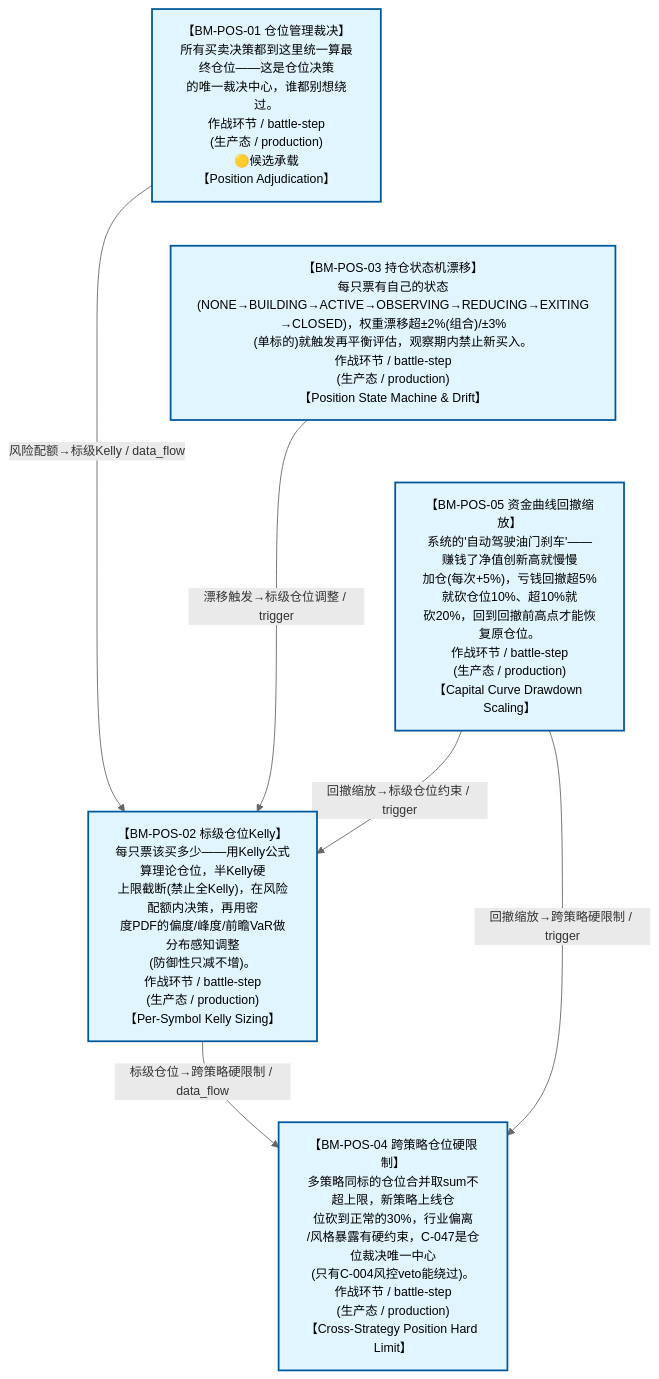
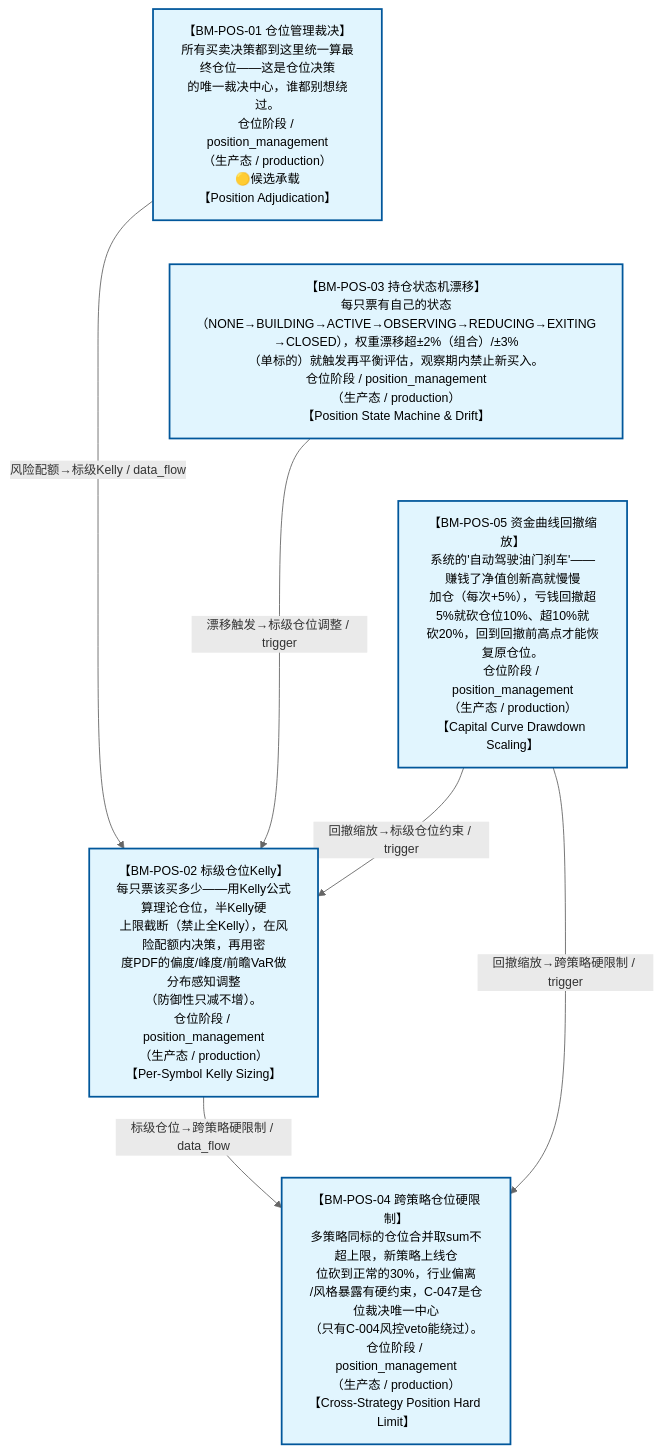
One commit to xuanFelixVan/ZephyrAlpha changed the diagram in docs/02_enterprise_architecture/07_trading_decision_architecture/battle_map/battle_map_04_position_management.md. Above: the diagram before and after it, drawn with Mermaid. The commit also changed 9 other files, not shown here.

First line of the commit message:
feat(battle_map): V0.4.0 作战地图父子嵌套机制——schema+写入校验+对齐检查+生成器subgraph+模板V1.5

````diff
--- a/docs/02_enterprise_architecture/07_trading_decision_architecture/battle_map/battle_map_04_position_management.md
+++ b/docs/02_enterprise_architecture/07_trading_decision_architecture/battle_map/battle_map_04_position_management.md
@@ -38,22 +38,22 @@
 ```mermaid
 %%{init: {'theme': 'base', 'themeVariables': {'primaryColor': '#eaeaea', 'primaryTextColor': '#333333', 'primaryBorderColor': '#666666', 'lineColor': '#666666', 'secondaryColor': '#eaeaea', 'tertiaryColor': '#eaeaea', 'clusterBkg': 'transparent', 'clusterBorder': 'transparent', 'fontSize': '14px'}}}%%
 %% 仓位阶段图
 flowchart TD
-    BM_POS_01["【BM-POS-01 仓位管理裁决】<br/>所有买卖决策都到这里统一算最终仓位——这是仓位决策<br/>的唯一裁决中心，谁都别想绕过。<br/>作战环节 / battle-step<br/>(生产态 / production)<br/>🟡候选承载<br/>【Position Adjudication】"]
-    BM_POS_02["【BM-POS-02 标级仓位Kelly】<br/>每只票该买多少——用Kelly公式算理论仓位，半Kelly硬<br/>上限截断(禁止全Kelly)，在风险配额内决策，再用密<br/>度PDF的偏度/峰度/前瞻VaR做分布感知调整<br/>(防御性只减不增)。<br/>作战环节 / battle-step<br/>(生产态 / production)<br/>【Per-Symbol Kelly Sizing】"]
-    BM_POS_03["【BM-POS-03 持仓状态机漂移】<br/>每只票有自己的状态<br/>(NONE→BUILDING→ACTIVE→OBSERVING→REDUCING→EXITING<br/>→CLOSED)，权重漂移超±2%(组合)/±3%<br/>(单标的)就触发再平衡评估，观察期内禁止新买入。<br/>作战环节 / battle-step<br/>(生产态 / production)<br/>【Position State Machine &amp; Drift】"]
-    BM_POS_04["【BM-POS-04 跨策略仓位硬限制】<br/>多策略同标的仓位合并取sum不超上限，新策略上线仓<br/>位砍到正常的30%，行业偏离<br/>/风格暴露有硬约束，C-047是仓位裁决唯一中心<br/>(只有C-004风控veto能绕过)。<br/>作战环节 / battle-step<br/>(生产态 / production)<br/>【Cross-Strategy Position Hard Limit】"]
-    BM_POS_05["【BM-POS-05 资金曲线回撤缩放】<br/>系统的'自动驾驶油门刹车'——赚钱了净值创新高就慢慢<br/>加仓(每次+5%)，亏钱回撤超5%就砍仓位10%、超10%就<br/>砍20%，回到回撤前高点才能恢复原仓位。<br/>作战环节 / battle-step<br/>(生产态 / production)<br/>【Capital Curve Drawdown Scaling】"]
+    BM_POS_01["【BM-POS-01 仓位管理裁决】<br/>所有买卖决策都到这里统一算最终仓位——这是仓位决策<br/>的唯一裁决中心，谁都别想绕过。<br/>仓位阶段 / position_management<br/>（生产态 / production）<br/>🟡候选承载<br/>【Position Adjudication】"]
+    BM_POS_02["【BM-POS-02 标级仓位Kelly】<br/>每只票该买多少——用Kelly公式算理论仓位，半Kelly硬<br/>上限截断（禁止全Kelly），在风险配额内决策，再用密<br/>度PDF的偏度/峰度/前瞻VaR做分布感知调整<br/>（防御性只减不增）。<br/>仓位阶段 / position_management<br/>（生产态 / production）<br/>【Per-Symbol Kelly Sizing】"]
+    BM_POS_03["【BM-POS-03 持仓状态机漂移】<br/>每只票有自己的状态<br/>（NONE→BUILDING→ACTIVE→OBSERVING→REDUCING→EXITING<br/>→CLOSED），权重漂移超±2%（组合）/±3%<br/>（单标的）就触发再平衡评估，观察期内禁止新买入。<br/>仓位阶段 / position_management<br/>（生产态 / production）<br/>【Position State Machine &amp; Drift】"]
+    BM_POS_04["【BM-POS-04 跨策略仓位硬限制】<br/>多策略同标的仓位合并取sum不超上限，新策略上线仓<br/>位砍到正常的30%，行业偏离<br/>/风格暴露有硬约束，C-047是仓位裁决唯一中心<br/>（只有C-004风控veto能绕过）。<br/>仓位阶段 / position_management<br/>（生产态 / production）<br/>【Cross-Strategy Position Hard Limit】"]
+    BM_POS_05["【BM-POS-05 资金曲线回撤缩放】<br/>系统的'自动驾驶油门刹车'——赚钱了净值创新高就慢慢<br/>加仓（每次+5%），亏钱回撤超5%就砍仓位10%、超10%就<br/>砍20%，回到回撤前高点才能恢复原仓位。<br/>仓位阶段 / position_management<br/>（生产态 / production）<br/>【Capital Curve Drawdown Scaling】"]
     BM_POS_01 ~~~ BM_POS_03 ~~~ BM_POS_05
     BM_POS_01 -->|风险配额→标级Kelly / data_flow| BM_POS_02
     BM_POS_02 -->|标级仓位→跨策略硬限制 / data_flow| BM_POS_04
     BM_POS_03 -->|漂移触发→标级仓位调整 / trigger| BM_POS_02
     BM_POS_05 -->|回撤缩放→标级仓位约束 / trigger| BM_POS_02
     BM_POS_05 -->|回撤缩放→跨策略硬限制 / trigger| BM_POS_04
 classDef production fill:#e1f5fe,stroke:#01579b,stroke-width:2px,color:#000
 classDef design fill:#fff3e0,stroke:#e65100,stroke-width:2px,color:#000,stroke-dasharray: 5 5
 classDef deprecated fill:#ffebee,stroke:#c62828,stroke-width:2px,color:#000
 classDef missing fill:#eeeeee,stroke:#9e9e9e,stroke-width:2px,color:#000
 classDef candidate fill:#fffde7,stroke:#f9a825,stroke-width:2px,color:#000,stroke-dasharray: 5 5
     class BM_POS_01,BM_POS_02,BM_POS_03,BM_POS_04,BM_POS_05 production
 ```
````
